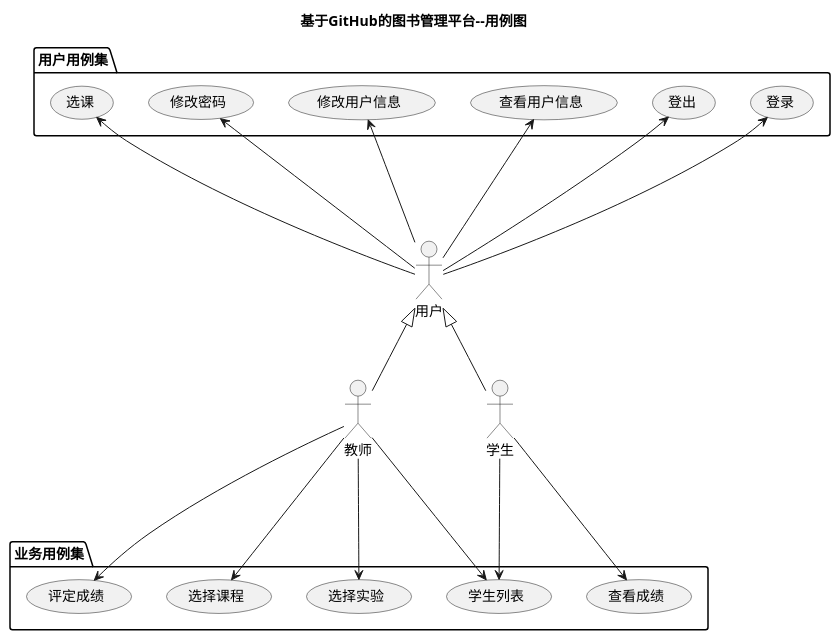
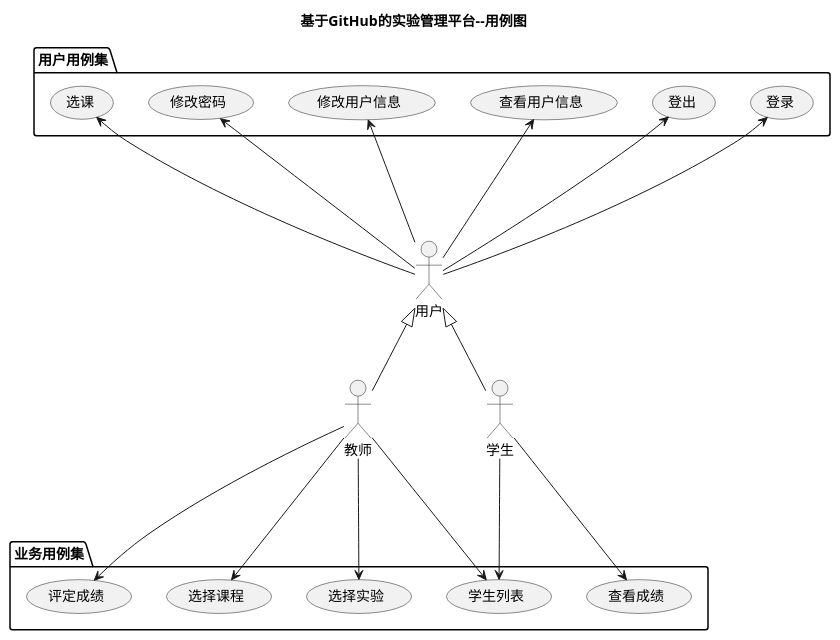
The diagram in test6/puml/useCase.puml (228957643/is_analysis), drawn with PlantUML before and after one commit. The commit also changed 27 other files, not shown here.

```diff
--- a/test6/puml/useCase.puml
+++ b/test6/puml/useCase.puml
@@ -1,26 +1,26 @@
 @startuml
-title 基于GitHub的图书管理平台--用例图
+title 基于GitHub的实验管理平台--用例图
 actor 教师
 actor 学生
 actor 用户
 用户 <|-- 教师
 用户 <|-- 学生
 
 package 用户用例集 {
 用户 --up-> (登录)
 用户 --up-> (登出)
 用户 --up-> (查看用户信息)
 用户 --up-> (修改用户信息)
 用户 --up-> (修改密码)
 用户 --up-> (选课)
 }
 package 业务用例集 {
 教师 ---> (评定成绩)
 教师 ---> (选择课程)
 教师 ---> (选择实验)
 教师 ---> (学生列表)
 学生 ---> (学生列表)
 学生 ---> (查看成绩)
 }
 
 @enduml
```
